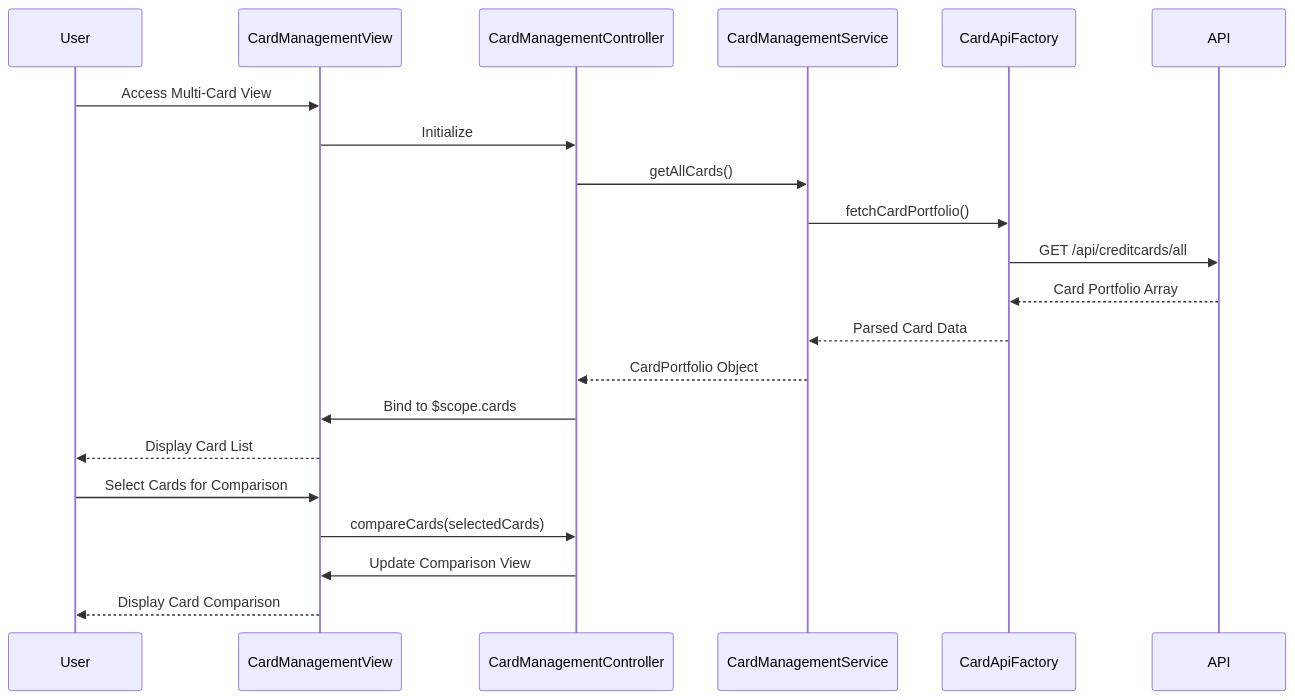
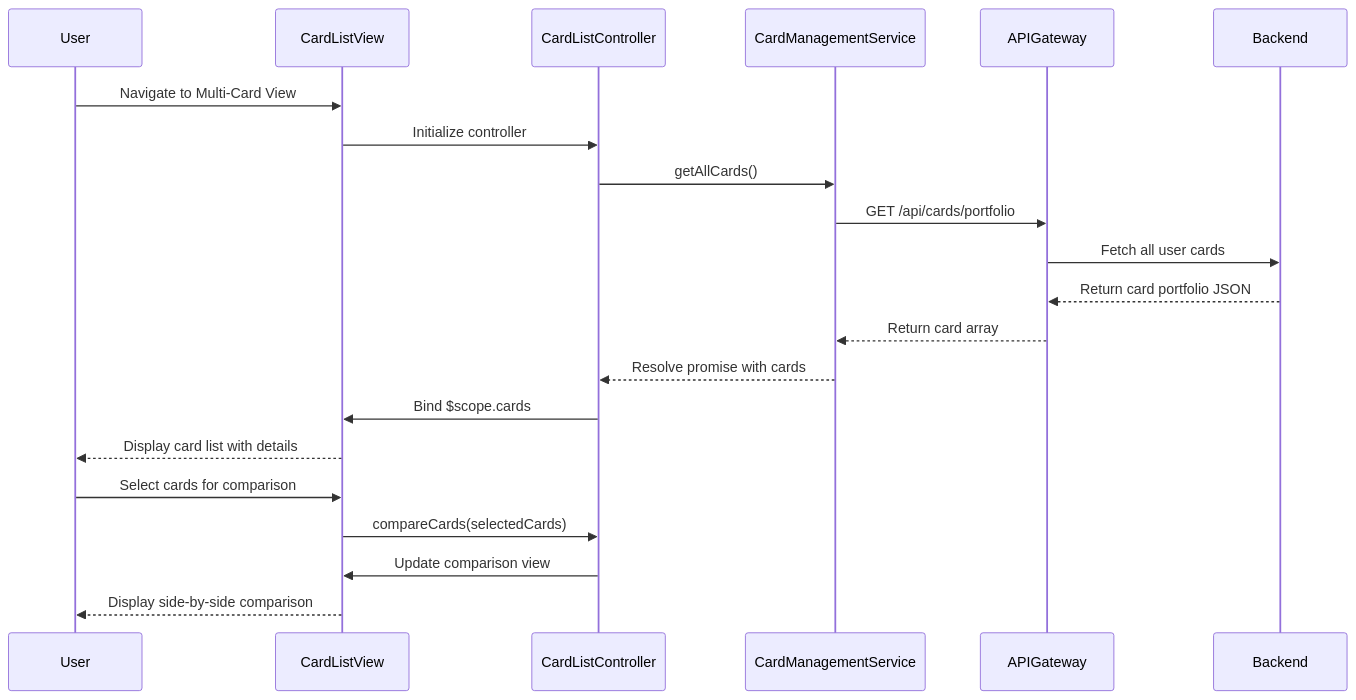
One commit to Davamani-git/APB_Demo changed the diagram in LLD/QE-4629_LLD.md. Above: the diagram before and after it, drawn with Mermaid. The commit also changed other lines of this file and 2 other files, not shown here.

````diff
--- a/LLD/QE-4629_LLD.md
+++ b/LLD/QE-4629_LLD.md
@@ -79,24 +89,24 @@
 ```mermaid
 sequenceDiagram
     participant User
-    participant CardManagementView
-    participant CardManagementController
+    participant CardListView
+    participant CardListController
     participant CardManagementService
-    participant CardApiFactory
-    participant API
+    participant APIGateway
+    participant Backend
 
-    User->>CardManagementView: Access Multi-Card View
-    CardManagementView->>CardManagementController: Initialize
-    CardManagementController->>CardManagementService: getAllCards()
-    CardManagementService->>CardApiFactory: fetchCardPortfolio()
-    CardApiFactory->>API: GET /api/creditcards/all
-    API-->>CardApiFactory: Card Portfolio Array
-    CardApiFactory-->>CardManagementService: Parsed Card Data
-    CardManagementService-->>CardManagementController: CardPortfolio Object
-    CardManagementController->>CardManagementView: Bind to $scope.cards
-    CardManagementView-->>User: Display Card List
-    User->>CardManagementView: Select Cards for Comparison
-    CardManagementView->>CardManagementController: compareCards(selectedCards)
-    CardManagementController->>CardManagementView: Update Comparison View
-    CardManagementView-->>User: Display Card Comparison
+    User->>CardListView: Navigate to Multi-Card View
+    CardListView->>CardListController: Initialize controller
+    CardListController->>CardManagementService: getAllCards()
+    CardManagementService->>APIGateway: GET /api/cards/portfolio
+    APIGateway->>Backend: Fetch all user cards
+    Backend-->>APIGateway: Return card portfolio JSON
+    APIGateway-->>CardManagementService: Return card array
+    CardManagementService-->>CardListController: Resolve promise with cards
+    CardListController->>CardListView: Bind $scope.cards
+    CardListView-->>User: Display card list with details
+    User->>CardListView: Select cards for comparison
+    CardListView->>CardListController: compareCards(selectedCards)
+    CardListController->>CardListView: Update comparison view
+    CardListView-->>User: Display side-by-side comparison
 ```
````
